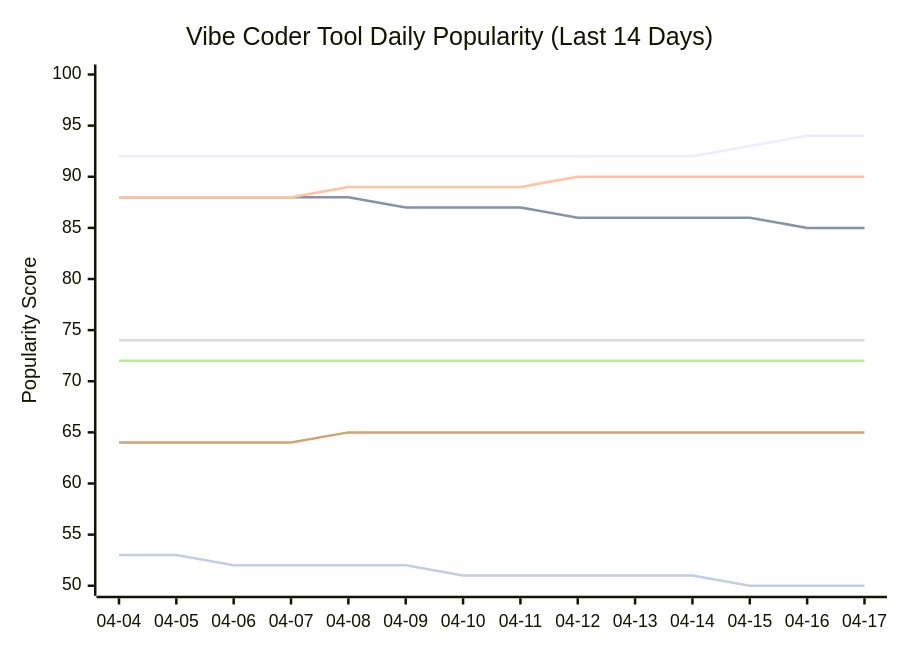
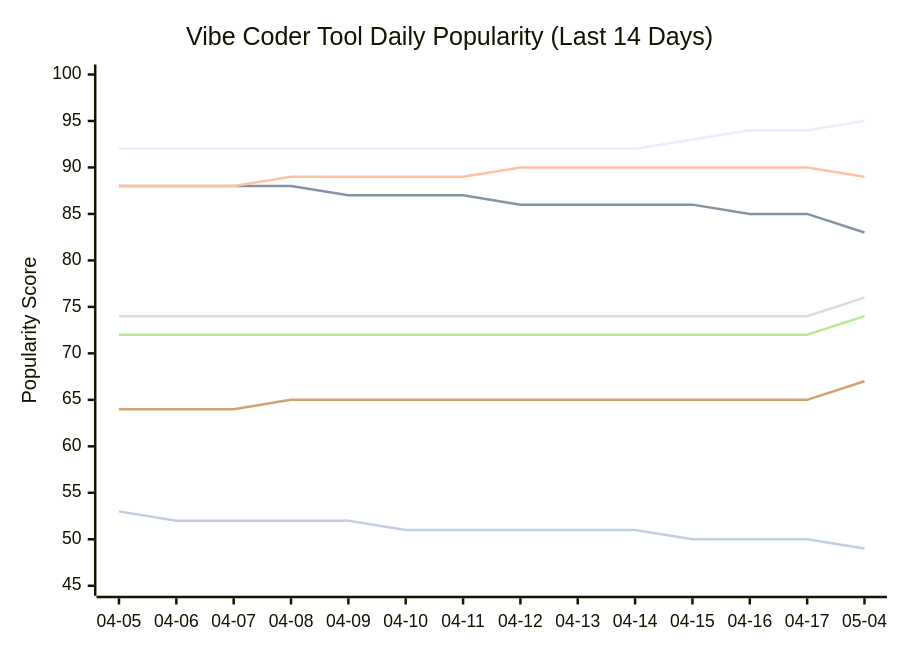
One commit to tykimos/ai-whatchelin changed the seventh of 11 diagrams in README.md. Above: the diagram before and after it, drawn with Mermaid. The commit also changed other lines of this file and 4 other files, not shown here.

````diff
--- a/README.md
+++ b/README.md
@@ -607,13 +671,13 @@
 ```mermaid
 xychart-beta
     title "Vibe Coder Tool Daily Popularity (Last 14 Days)"
-    x-axis ["04-04", "04-05", "04-06", "04-07", "04-08", "04-09", "04-10", "04-11", "04-12", "04-13", "04-14", "04-15", "04-16", "04-17"]
-    y-axis "Popularity Score" 50 --> 100
-    line "Claude Code" [92, 92, 92, 92, 92, 92, 92, 92, 92, 92, 92, 93, 94, 94]
-    line "GH Copilot" [88, 88, 88, 88, 88, 87, 87, 87, 86, 86, 86, 86, 85, 85]
-    line "Cursor" [88, 88, 88, 88, 89, 89, 89, 89, 90, 90, 90, 90, 90, 90]
-    line "Windsurf" [74, 74, 74, 74, 74, 74, 74, 74, 74, 74, 74, 74, 74, 74]
-    line "Codex CLI" [72, 72, 72, 72, 72, 72, 72, 72, 72, 72, 72, 72, 72, 72]
-    line "Gemini CLI" [64, 64, 64, 64, 65, 65, 65, 65, 65, 65, 65, 65, 65, 65]
-    line "Antigravity" [53, 53, 52, 52, 52, 52, 51, 51, 51, 51, 51, 50, 50, 50]
+    x-axis ["04-05", "04-06", "04-07", "04-08", "04-09", "04-10", "04-11", "04-12", "04-13", "04-14", "04-15", "04-16", "04-17", "05-04"]
+    y-axis "Popularity Score" 45 --> 100
+    line "Claude Code" [92, 92, 92, 92, 92, 92, 92, 92, 92, 92, 93, 94, 94, 95]
+    line "GH Copilot" [88, 88, 88, 88, 87, 87, 87, 86, 86, 86, 86, 85, 85, 83]
+    line "Cursor" [88, 88, 88, 89, 89, 89, 89, 90, 90, 90, 90, 90, 90, 89]
+    line "Windsurf" [74, 74, 74, 74, 74, 74, 74, 74, 74, 74, 74, 74, 74, 76]
+    line "Codex CLI" [72, 72, 72, 72, 72, 72, 72, 72, 72, 72, 72, 72, 72, 74]
+    line "Gemini CLI" [64, 64, 64, 65, 65, 65, 65, 65, 65, 65, 65, 65, 65, 67]
+    line "Antigravity" [53, 52, 52, 52, 52, 51, 51, 51, 51, 51, 50, 50, 50, 49]
 ```
````
